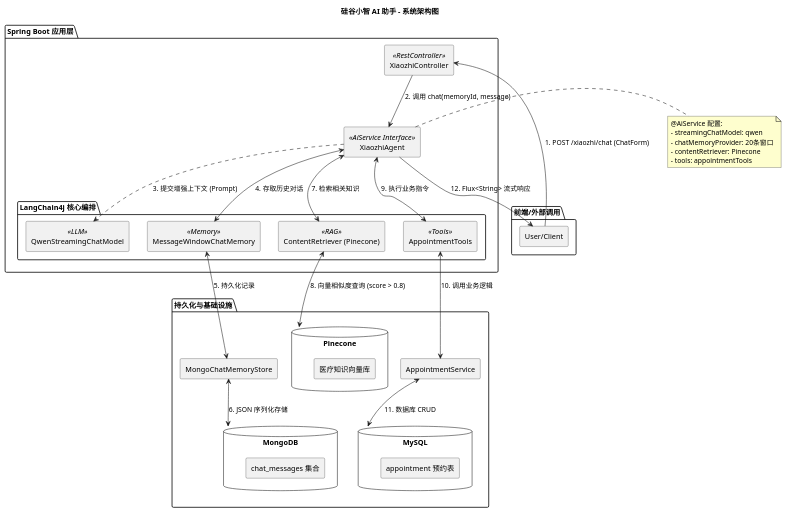
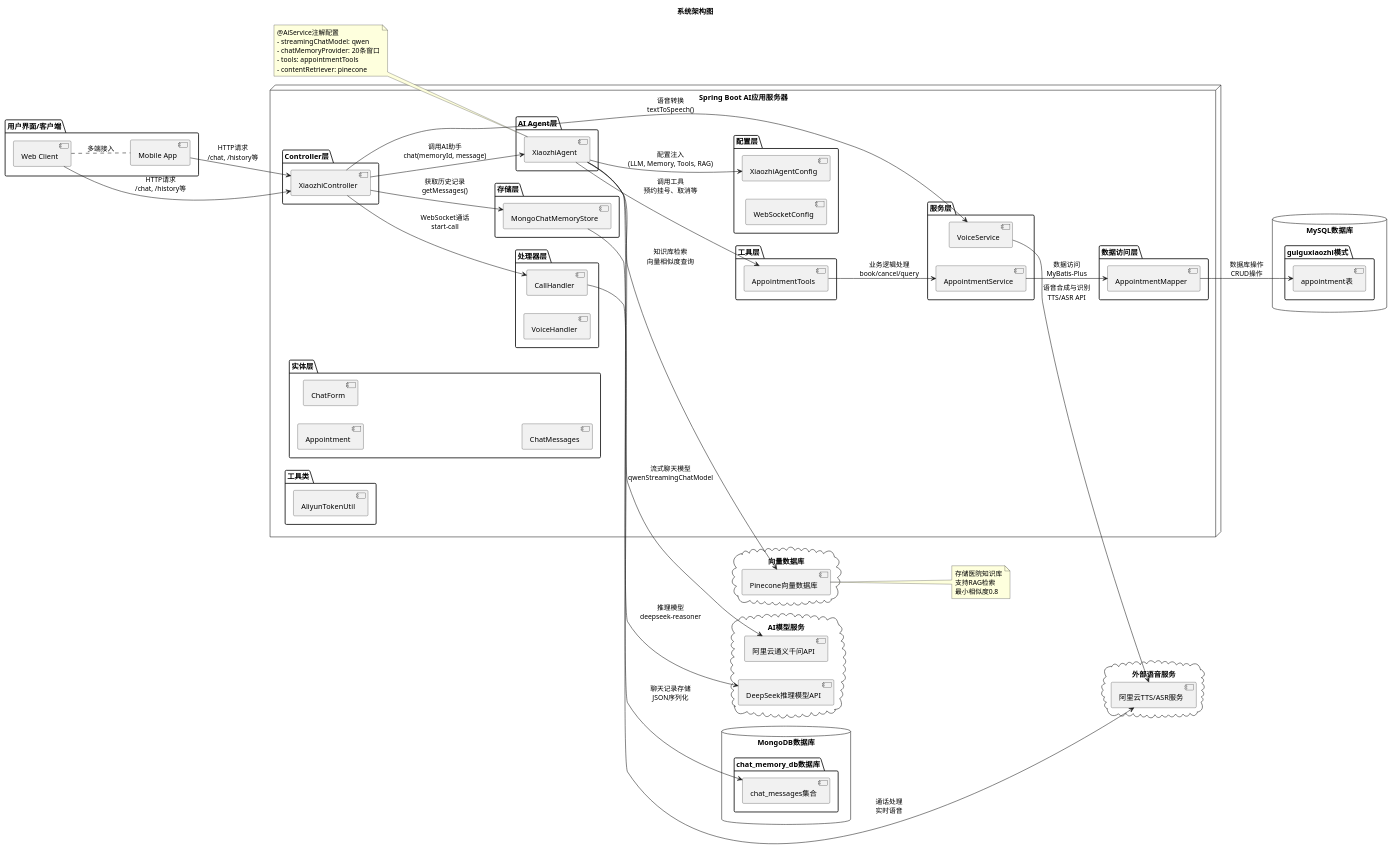
One commit to 123321-cnmb/java-ai-langchain4j changed the diagram in src/main/java/struct.puml. Above: the diagram before and after it, drawn with PlantUML. The commit also changed 3 other files, not shown here.

```diff
--- a/src/main/java/struct.puml
+++ b/src/main/java/struct.puml
@@ -1,66 +1,122 @@
 @startuml
-title 硅谷小智 AI 助手 - 系统架构图
+title 系统架构图
 
-' 定义颜色和样式
-skinparam componentStyle rectangle
-skinparam NoteBackgroundColor #FEFECE
+left to right direction
 
-package "前端/外部调用" {
-    [User/Client] as user
+package "用户界面/客户端" {
+  [Web Client] as client
+  [Mobile App] as mobile
 }
 
-package "Spring Boot 应用层" {
-    component "XiaozhiController" as controller <<RestController>>
-    component "XiaozhiAgent" as agent <<AiService Interface>>
+node "Spring Boot AI应用服务器" {
+  package "Controller层" {
+    [XiaozhiController] as controller
+  }
 
-    package "LangChain4j 核心编排" {
-        component "QwenStreamingChatModel" as llm <<LLM>>
-        component "MessageWindowChatMemory" as memory <<Memory>>
-        component "ContentRetriever (Pinecone)" as rag <<RAG>>
-        component "AppointmentTools" as tools <<Tools>>
-    }
+  package "AI Agent层" {
+    [XiaozhiAgent] as agent
+  }
+
+  package "配置层" {
+    [XiaozhiAgentConfig] as config
+    [WebSocketConfig] as wsconfig
+  }
+
+  package "工具层" {
+    [AppointmentTools] as tools
+  }
+
+  package "服务层" {
+    [AppointmentService] as apptService
+    [VoiceService] as voiceService
+  }
+
+  package "数据访问层" {
+    [AppointmentMapper] as mapper
+  }
+
+  package "存储层" {
+    [MongoChatMemoryStore] as mongoStore
+  }
+
+  package "实体层" {
+    [Appointment] as appointment
+    [ChatForm] as chatForm
+    [ChatMessages] as chatMsgs
+  }
+
+  package "处理器层" {
+    [CallHandler] as callHandler
+    [VoiceHandler] as voiceHandler
+  }
+
+  package "工具类" {
+    [AliyunTokenUtil] as tokenUtil
+  }
 }
 
-package "持久化与基础设施" {
-    database "MongoDB" as mongo {
-        [chat_messages 集合]
-    }
-
-    database "Pinecone" as vectorDB {
-        [医疗知识向量库]
-    }
-
-    database "MySQL" as mysql {
-        [appointment 预约表]
-    }
-
-    component "MongoChatMemoryStore" as mongoStore
-    component "AppointmentService" as apptService
+database "MySQL数据库" {
+  folder "guiguxiaozhi模式" {
+    [appointment表] as apptTable
+  }
 }
 
-' 交互关系
-user --> controller : 1. POST /xiaozhi/chat (ChatForm)
-controller --> agent : 2. 调用 chat(memoryId, message)
-agent ..> llm : 3. 提交增强上下文 (Prompt)
-agent <--> memory : 4. 存取历史对话
-memory <--> mongoStore : 5. 持久化记录
-mongoStore <--> mongo : 6. JSON 序列化存储
+database "MongoDB数据库" {
+  folder "chat_memory_db数据库" {
+    [chat_messages集合] as chatCollection
+  }
+}
 
-agent <--> rag : 7. 检索相关知识
-rag <--> vectorDB : 8. 向量相似度查询 (score > 0.8)
+cloud "向量数据库" as cloud_pinecone {
+  [Pinecone向量数据库] as pinecone
+}
 
-agent <--> tools : 9. 执行业务指令
-tools <--> apptService : 10. 调用业务逻辑
-apptService <--> mysql : 11. 数据库 CRUD
+cloud "AI模型服务" as cloud_ai {
+  [阿里云通义千问API] as qwen
+  [DeepSeek推理模型API] as deepseek
+}
 
-agent --> user : 12. Flux<String> 流式响应
+cloud "外部语音服务" as cloud_voice {
+  [阿里云TTS/ASR服务] as tts
+}
 
-note right of agent
-  @AiService 配置:
+' 关系定义
+client .. mobile : "多端接入"
+client --> controller : "HTTP请求\n/chat, /history等"
+mobile --> controller : "HTTP请求\n/chat, /history等"
+
+controller --> agent : "调用AI助手\nchat(memoryId, message)"
+controller --> mongoStore : "获取历史记录\ngetMessages()"
+controller --> voiceService : "语音转换\ntextToSpeech()"
+controller --> callHandler : "WebSocket通话\nstart-call"
+
+agent --> config : "配置注入\n(LLM, Memory, Tools, RAG)"
+agent --> qwen : "流式聊天模型\nqwenStreamingChatModel"
+agent --> deepseek : "推理模型\ndeepseek-reasoner"
+agent --> tools : "调用工具\n预约挂号、取消等"
+agent --> pinecone : "知识库检索\n向量相似度查询"
+
+tools --> apptService : "业务逻辑处理\nbook/cancel/query"
+apptService --> mapper : "数据访问\nMyBatis-Plus"
+mapper --> apptTable : "数据库操作\nCRUD操作"
+
+mongoStore --> chatCollection : "聊天记录存储\nJSON序列化"
+
+voiceService --> tts : "语音合成与识别\nTTS/ASR API"
+callHandler --> tts : "通话处理\n实时语音"
+
+note left of agent
+  @AiService注解配置
   - streamingChatModel: qwen
   - chatMemoryProvider: 20条窗口
-  - contentRetriever: Pinecone
   - tools: appointmentTools
+  - contentRetriever: pinecone
 end note
 
-@endum
+note right of pinecone
+  存储医院知识库
+  支持RAG检索
+  最小相似度0.8
+end note
+
+@enduml
```
